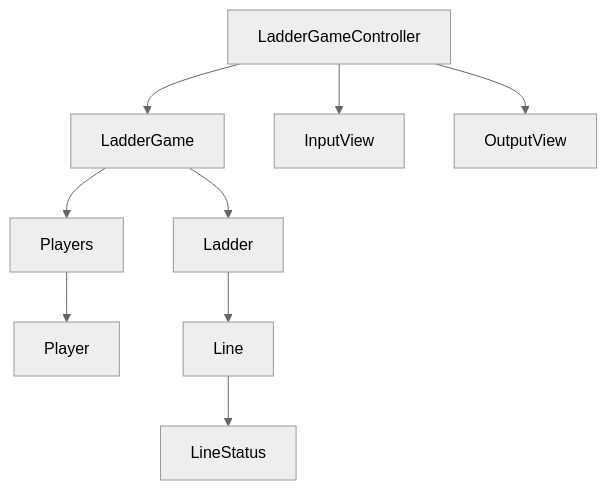
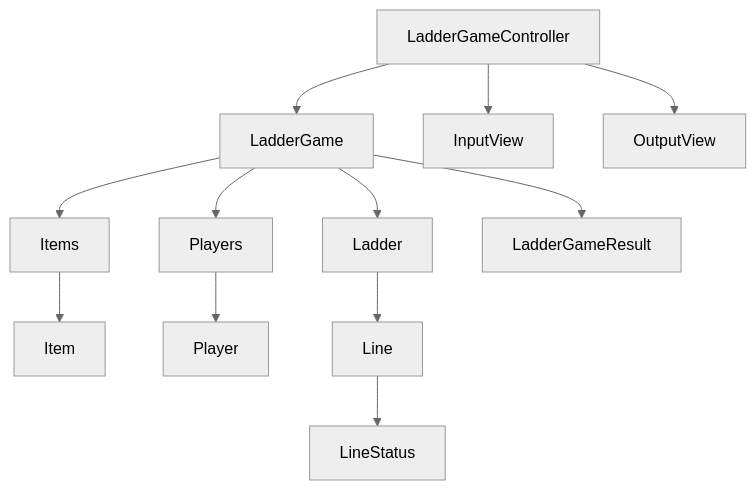
Before and after one commit to woowacourse/java-ladder: the diagram in README.md, drawn with Mermaid (neutral theme). The commit also changed other lines of this file, not shown here.

````diff
--- a/README.md
+++ b/README.md
@@ -11,15 +11,19 @@
 ```mermaid
 graph TD
 
     LadderGameController --> LadderGame
     LadderGame --> Ladder
     LadderGame --> Players
+    LadderGame --> Items
 
+    LadderGame --> LadderGameResult
+
+    Items --> Item
     Players --> Player
 
     LadderGameController --> InputView
     LadderGameController --> OutputView
 
     Ladder --> Line
     Line --> LineStatus
 ```
````
